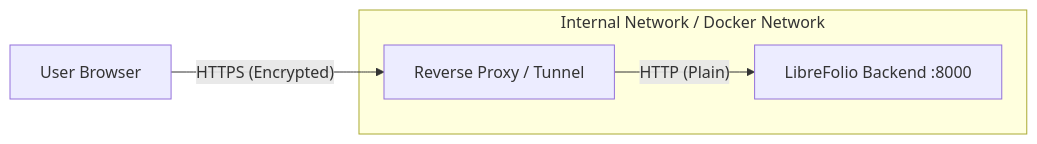
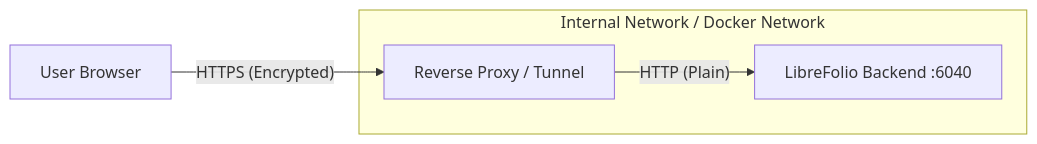
One commit to Librefolio/LibreFolio changed the diagram in mkdocs_src/docs/developer/architecture/security.md. Above: the diagram before and after it, drawn with Mermaid. The commit also changed other lines of this file and 66 other files, not shown here.

````diff
--- a/mkdocs_src/docs/developer/architecture/security.md
+++ b/mkdocs_src/docs/developer/architecture/security.md
@@ -113,8 +113,8 @@
 ```mermaid
 graph LR
     Client[User Browser] -- "HTTPS (Encrypted)" --> Proxy[Reverse Proxy / Tunnel]
     
     subgraph "Internal Network / Docker Network"
-        Proxy -- "HTTP (Plain)" --> Backend[LibreFolio Backend :8000]
+        Proxy -- "HTTP (Plain)" --> Backend[LibreFolio Backend :6040]
     end
 ```
````
